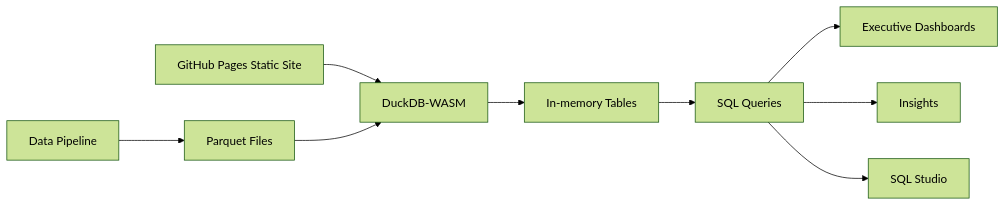
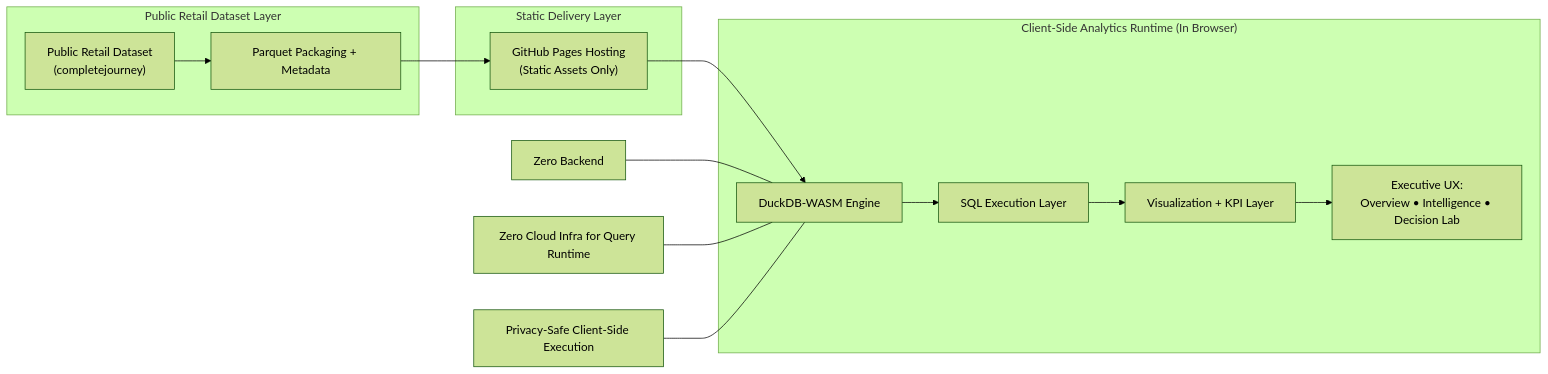
Before and after one commit to arvind3/retail_analytics: the diagram in README.md, drawn with Mermaid (forest theme). The commit also changed other lines of this file and 9 other files, not shown here.

Commit message:
Productize UX and docs for executive-ready analytics showcase

````diff
--- a/README.md
+++ b/README.md
@@ -7,11 +45,29 @@
 ```mermaid
 flowchart LR
-  A[GitHub Pages Static Site] --> B[DuckDB-WASM]
-  B --> C[In-memory Tables]
-  C --> D[SQL Queries]
-  D --> E[Executive Dashboards]
-  D --> F[Insights]
-  D --> G[SQL Studio]
-  H[Data Pipeline] --> I[Parquet Files]
-  I --> B
+  subgraph Data["Public Retail Dataset Layer"]
+    A["Public Retail Dataset<br/>(completejourney)"]
+    B["Parquet Packaging + Metadata"]
+  end
+
+  subgraph Hosting["Static Delivery Layer"]
+    C["GitHub Pages Hosting<br/>(Static Assets Only)"]
+  end
+
+  subgraph Browser["Client-Side Analytics Runtime (In Browser)"]
+    D["DuckDB-WASM Engine"]
+    E["SQL Execution Layer"]
+    F["Visualization + KPI Layer"]
+    G["Executive UX:<br/>Overview • Intelligence • Decision Lab"]
+  end
+
+  A --> B
+  B --> C
+  C --> D
+  D --> E
+  E --> F
+  F --> G
+
+  H["Zero Backend"] --- D
+  I["Zero Cloud Infra for Query Runtime"] --- D
+  J["Privacy-Safe Client-Side Execution"] --- D
 ```
````
